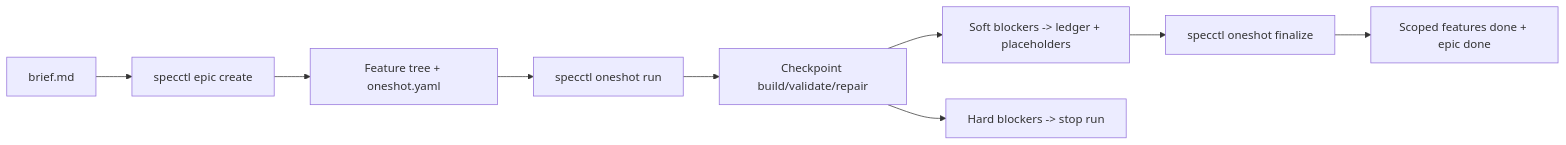
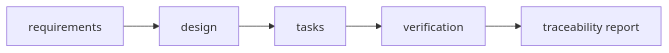
One commit to dana0550/spec-system changed the diagram in README.md. Above: the diagram before and after it, drawn with Mermaid. The commit also changed other lines of this file and 15 other files, not shown here.

````diff
--- a/README.md
+++ b/README.md
@@ -71,11 +91,7 @@
 ```mermaid
 flowchart LR
-  A["brief.md"] --> B["specctl epic create"]
-  B --> C["Feature tree + oneshot.yaml"]
-  C --> D["specctl oneshot run"]
-  D --> E["Checkpoint build/validate/repair"]
-  E --> F["Soft blockers -> ledger + placeholders"]
-  E --> G["Hard blockers -> stop run"]
-  F --> H["specctl oneshot finalize"]
-  H --> I["Scoped features done + epic done"]
+  A["requirements"] --> B["design"]
+  B --> C["tasks"]
+  C --> D["verification"]
+  D --> E["traceability report"]
 ```
````
